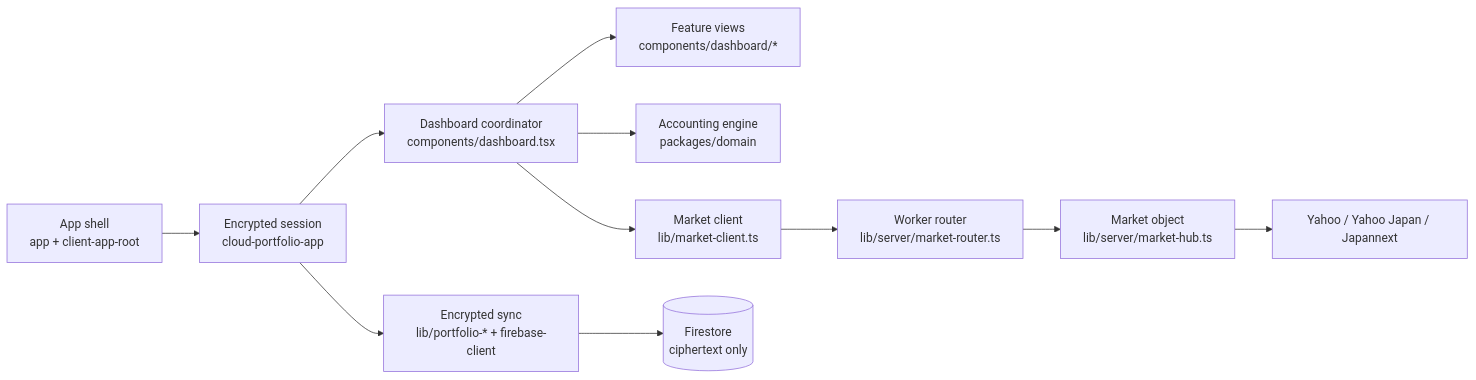
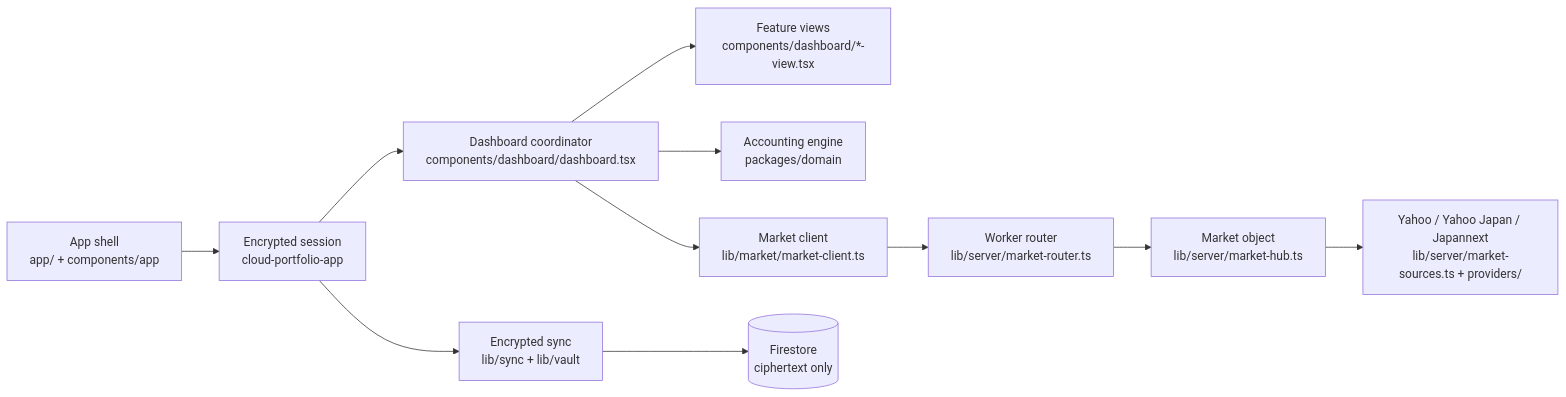
Before and after one commit to SotaYanagisawa/kabutora: the diagram in docs/path-and-nodes.md, drawn with Mermaid. The commit also changed other lines of this file and 260 other files, not shown here.

````diff
--- a/docs/path-and-nodes.md
+++ b/docs/path-and-nodes.md
@@ -7,13 +8,13 @@
 ```mermaid
 flowchart LR
-    Shell["App shell\napp + client-app-root"] --> Session["Encrypted session\ncloud-portfolio-app"]
-    Session --> Dashboard["Dashboard coordinator\ncomponents/dashboard.tsx"]
-    Dashboard --> Views["Feature views\ncomponents/dashboard/*"]
+    Shell["App shell\napp/ + components/app"] --> Session["Encrypted session\ncloud-portfolio-app"]
+    Session --> Dashboard["Dashboard coordinator\ncomponents/dashboard/dashboard.tsx"]
+    Dashboard --> Views["Feature views\ncomponents/dashboard/*-view.tsx"]
     Dashboard --> Domain["Accounting engine\npackages/domain"]
-    Session --> Sync["Encrypted sync\nlib/portfolio-* + firebase-client"]
+    Session --> Sync["Encrypted sync\nlib/sync + lib/vault"]
     Sync --> Firestore[("Firestore\nciphertext only")]
-    Dashboard --> MarketClient["Market client\nlib/market-client.ts"]
+    Dashboard --> MarketClient["Market client\nlib/market/market-client.ts"]
     MarketClient --> Router["Worker router\nlib/server/market-router.ts"]
     Router --> Hub["Market object\nlib/server/market-hub.ts"]
-    Hub --> Providers["Yahoo / Yahoo Japan / Japannext"]
+    Hub --> Providers["Yahoo / Yahoo Japan / Japannext\nlib/server/market-sources.ts + providers/"]
 ```
````
